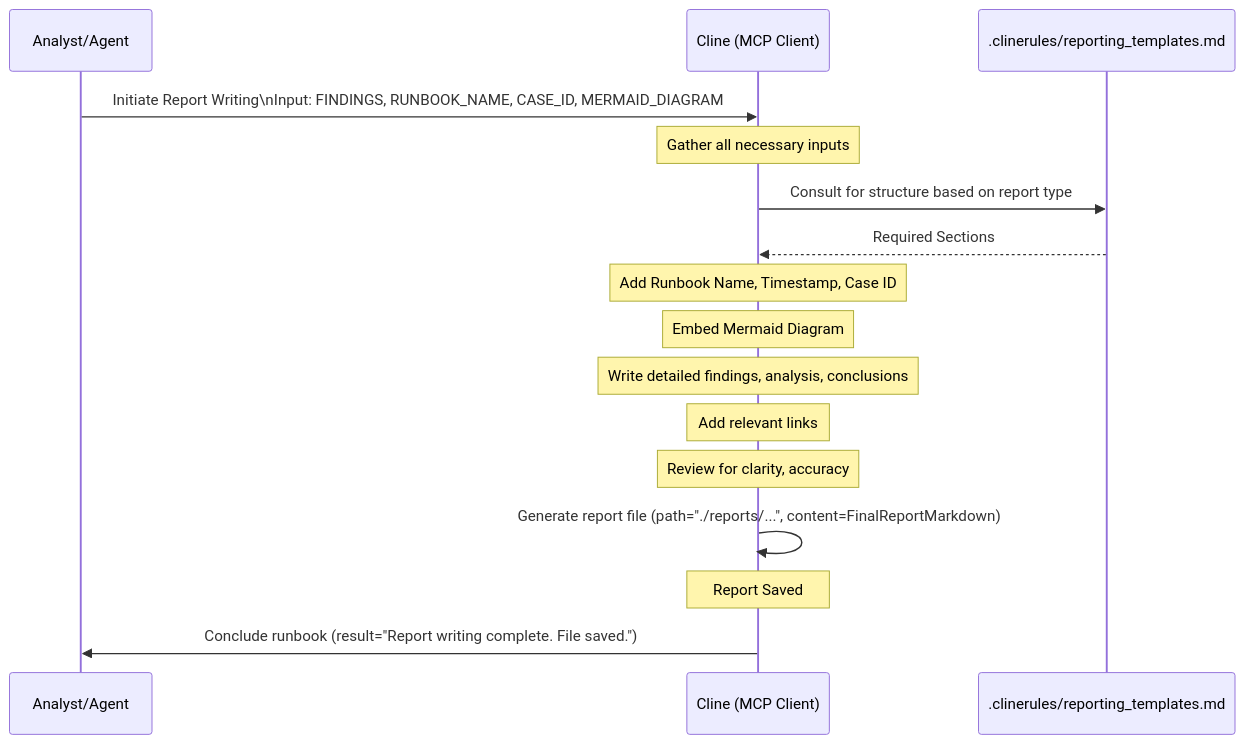
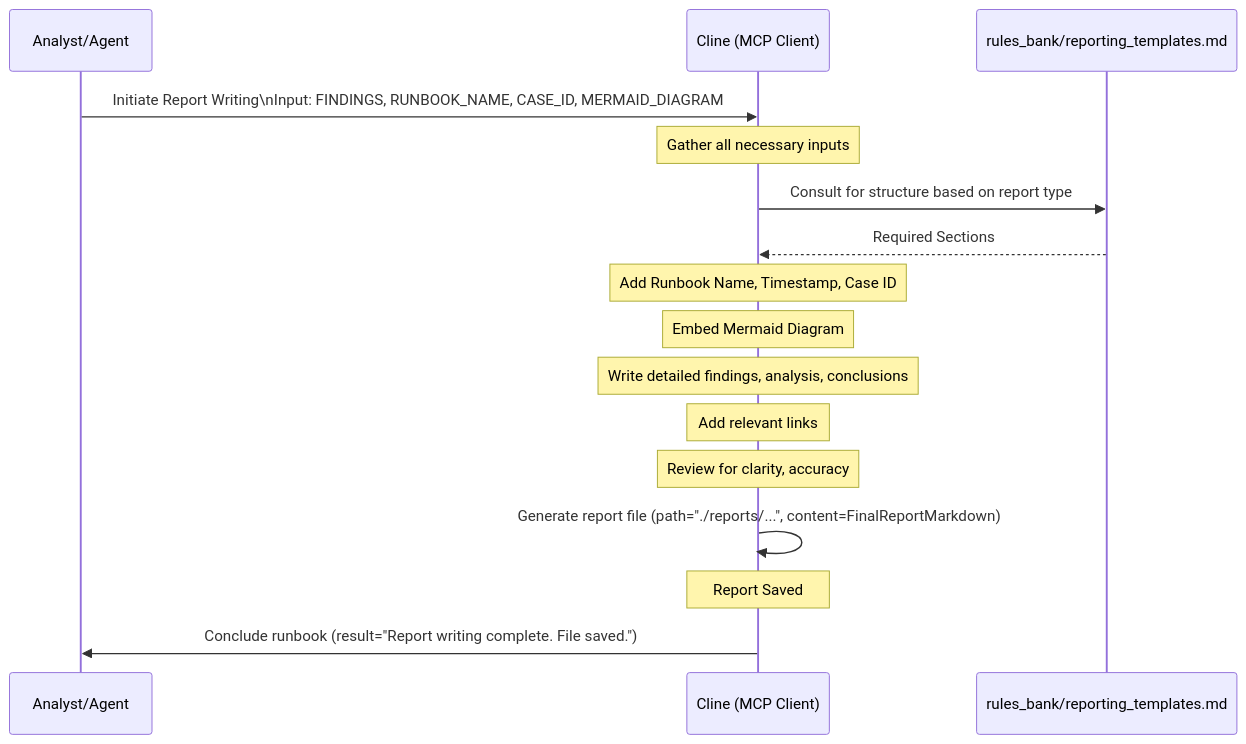
Before and after one commit to dandye/ai-runbooks: the diagram in rules_bank/run_books/guidelines/report_writing.md, drawn with Mermaid. The commit also changed other lines of this file and 16 other files, not shown here.

````diff
--- a/rules_bank/run_books/guidelines/report_writing.md
+++ b/rules_bank/run_books/guidelines/report_writing.md
@@ -51,29 +51,29 @@
 ```mermaid
 sequenceDiagram
     participant Analyst/Agent
     participant Cline as Cline (MCP Client)
-    participant ReportingTemplates as .clinerules/reporting_templates.md
+    participant ReportingTemplates as rules_bank/reporting_templates.md
 
     Analyst/Agent->>Cline: Initiate Report Writing\nInput: FINDINGS, RUNBOOK_NAME, CASE_ID, MERMAID_DIAGRAM
 
     %% Step 1 & 2: Gather Info & Structure
     Note over Cline: Gather all necessary inputs
     Cline->>ReportingTemplates: Consult for structure based on report type
     ReportingTemplates-->>Cline: Required Sections
 
     %% Step 3 & 4: Incorporate Metadata & Write Content
     Note over Cline: Add Runbook Name, Timestamp, Case ID
     Note over Cline: Embed Mermaid Diagram
     Note over Cline: Write detailed findings, analysis, conclusions
     Note over Cline: Add relevant links
 
     %% Step 5: Review
     Note over Cline: Review for clarity, accuracy
 
     %% Step 6: Save Report
     Cline->>Cline: Generate report file (path="./reports/...", content=FinalReportMarkdown)
     Note over Cline: Report Saved
 
     Cline->>Analyst/Agent: Conclude runbook (result="Report writing complete. File saved.")
 
 ```
````
